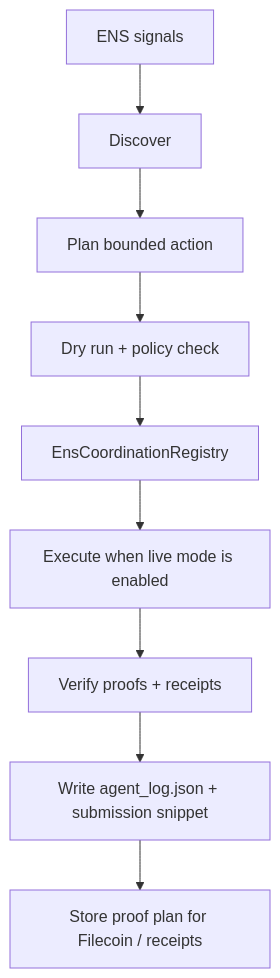
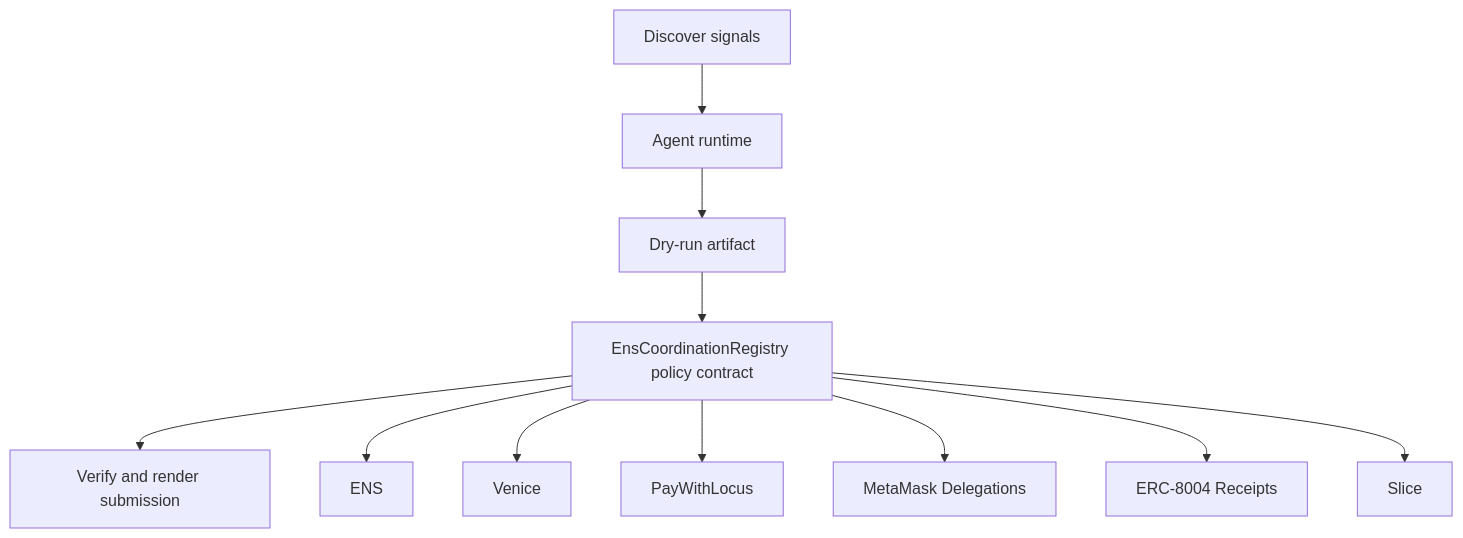
Before and after one commit to CrystallineButterfly/Synthesis-ENS: the diagram in README.md, drawn with Mermaid. The commit also changed other lines of this file and 998 other files, not shown here.

Commit message:
Implement bounded agent runtime

````diff
--- a/README.md
+++ b/README.md
@@ -30,11 +26,15 @@
-        ```mermaid
-        flowchart TD
-    Signals[ENS signals] --> Discover[Discover]
-    Discover --> Plan[Plan bounded action]
-    Plan --> DryRun[Dry run + policy check]
-    DryRun --> Guard[EnsCoordinationRegistry]
-    Guard --> Execute[Execute when live mode is enabled]
-    Execute --> Verify[Verify proofs + receipts]
-    Verify --> Persist[Write agent_log.json + submission snippet]
-    Persist --> Storage[Store proof plan for Filecoin / receipts]
-        ```
+```mermaid
+flowchart TD
+    Signals[Discover signals]
+    Planner[Agent runtime]
+    DryRun[Dry-run artifact]
+    Contract[EnsCoordinationRegistry policy contract]
+    Verify[Verify and render submission]
+    Signals --> Planner --> DryRun --> Contract --> Verify
+    Contract --> ens[ENS]
+    Contract --> venice[Venice]
+    Contract --> paywithlocus[PayWithLocus]
+    Contract --> metamask_delegations[MetaMask Delegations]
+    Contract --> erc_8004_receipts[ERC-8004 Receipts]
+    Contract --> slice[Slice]
+```
````
